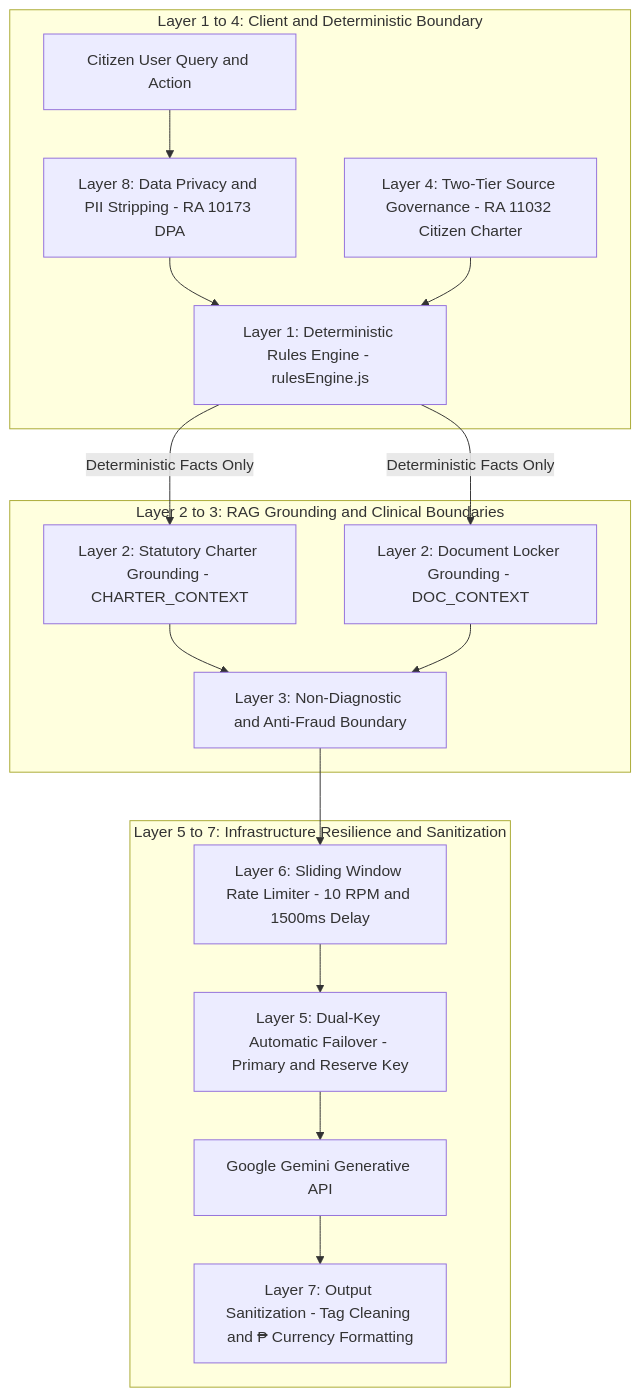
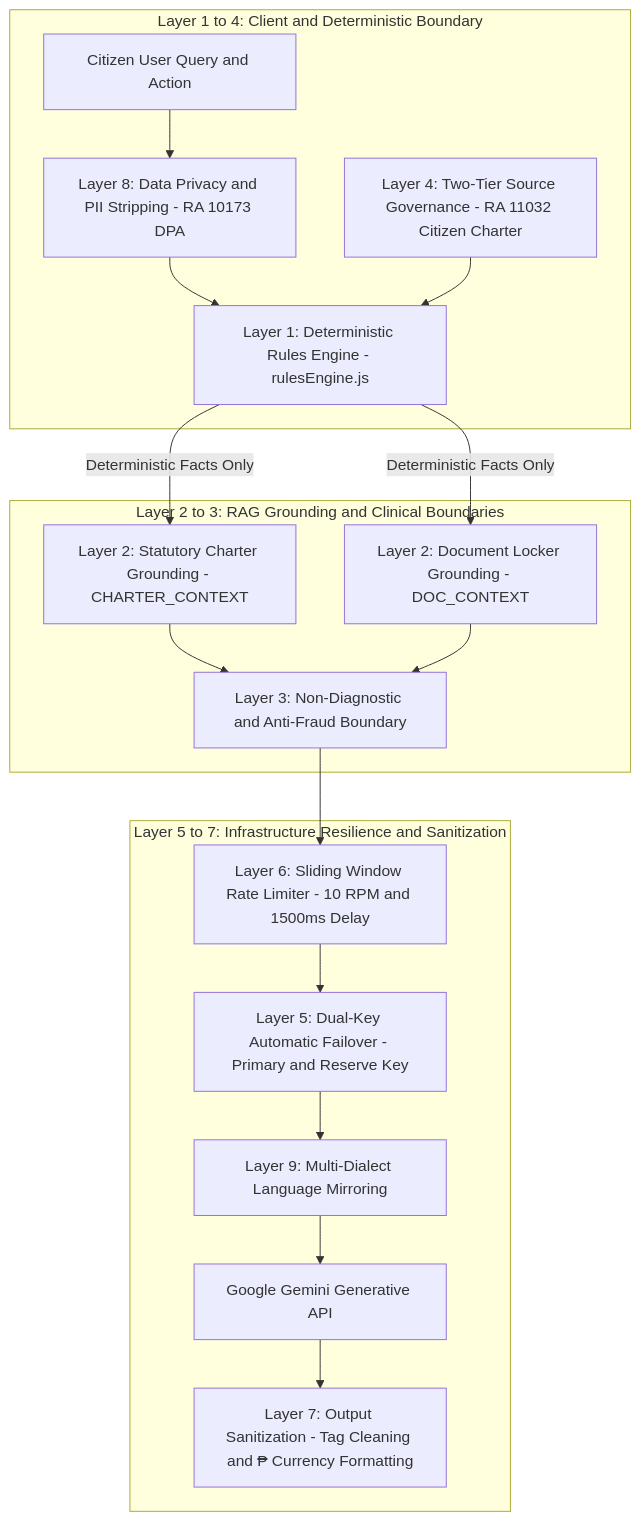
The first of 2 diagrams in AI_GUARDRAILS.md (AdonesMapula/Alalalalalalalay), drawn with Mermaid before and after one commit. The commit also changed other lines of this file and 13 other files, not shown here.

````diff
--- a/AI_GUARDRAILS.md
+++ b/AI_GUARDRAILS.md
@@ -17,32 +17,33 @@
 ```mermaid
 graph TD
     subgraph ClientDeterministic ["Layer 1 to 4: Client and Deterministic Boundary"]
         USER["Citizen User Query and Action"]
         PRIVACY["Layer 8: Data Privacy and PII Stripping - RA 10173 DPA"]
         RULES["Layer 1: Deterministic Rules Engine - rulesEngine.js"]
         TIER_A["Layer 4: Two-Tier Source Governance - RA 11032 Citizen Charter"]
     end
 
     subgraph RAGGrounding ["Layer 2 to 3: RAG Grounding and Clinical Boundaries"]
         RAG_CHARTER["Layer 2: Statutory Charter Grounding - CHARTER_CONTEXT"]
         RAG_LOCKER["Layer 2: Document Locker Grounding - DOC_CONTEXT"]
         CLINICAL_GUARD["Layer 3: Non-Diagnostic and Anti-Fraud Boundary"]
     end
 
     subgraph InfraResilience ["Layer 5 to 7: Infrastructure Resilience and Sanitization"]
         RATE_LIMIT["Layer 6: Sliding Window Rate Limiter - 10 RPM and 1500ms Delay"]
         FAILOVER["Layer 5: Dual-Key Automatic Failover - Primary and Reserve Key"]
         OUTPUT_CLEAN["Layer 7: Output Sanitization - Tag Cleaning and ₱ Currency Formatting"]
+        LANG_MIRROR["Layer 9: Multi-Dialect Language Mirroring"]
         GEMINI["Google Gemini Generative API"]
     end
 
     USER --> PRIVACY
     PRIVACY --> RULES
     TIER_A --> RULES
     RULES -->|Deterministic Facts Only| RAG_CHARTER
     RULES -->|Deterministic Facts Only| RAG_LOCKER
     RAG_CHARTER --> CLINICAL_GUARD
     RAG_LOCKER --> CLINICAL_GUARD
     CLINICAL_GUARD --> RATE_LIMIT
-    RATE_LIMIT --> FAILOVER --> GEMINI --> OUTPUT_CLEAN
+    RATE_LIMIT --> FAILOVER --> LANG_MIRROR --> GEMINI --> OUTPUT_CLEAN
 ```
````
